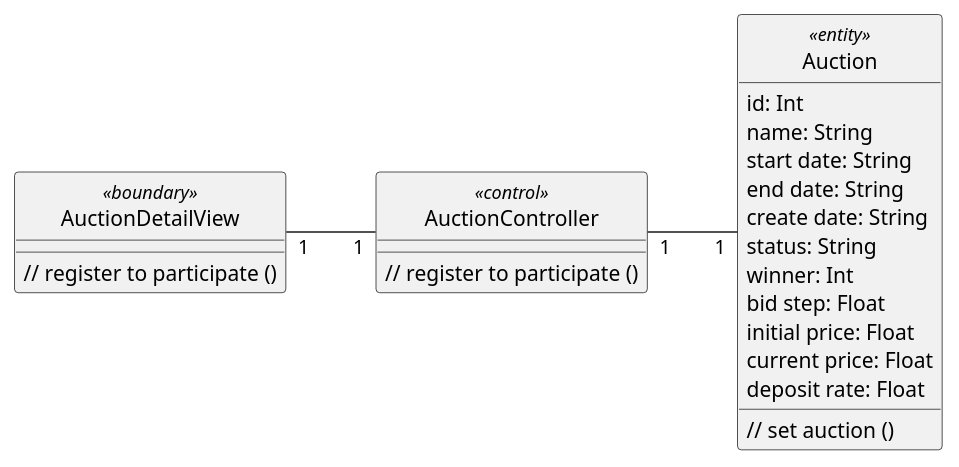
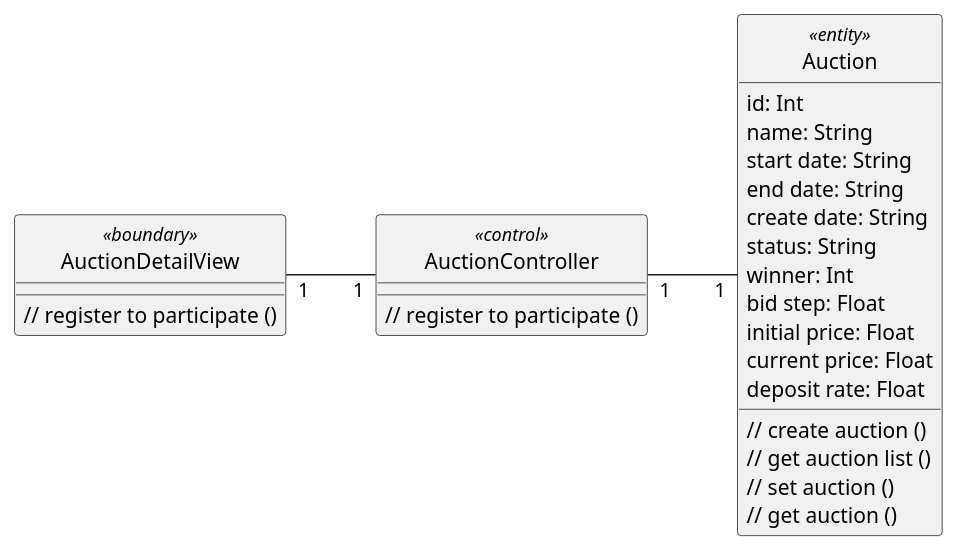
One commit to anhbanlinhle/velocity-exchange changed the diagram in uml/analysis/class/register-to-participate-vopc.pu. Above: the diagram before and after it, drawn with PlantUML. The commit also changed 5 other files, not shown here.

```diff
--- a/uml/analysis/class/register-to-participate-vopc.pu
+++ b/uml/analysis/class/register-to-participate-vopc.pu
@@ -1,31 +1,34 @@
 @startuml register_to_participate
 hide circle
 skinparam classAttributeIconSize 0
 left to right direction
 
 class AuctionDetailView <<boundary>> {
   // register to participate ()
 }
 
 class AuctionController <<control>> {
   // register to participate ()
 }
 
 class Auction <<entity>> {
   id: Int
   name: String
   start date: String
   end date: String
   create date: String
   status: String
   winner: Int
   bid step: Float
   initial price: Float
   current price: Float
   deposit rate: Float
+  // create auction ()
+  // get auction list ()
   // set auction ()
+  // get auction ()
 }
 
 AuctionDetailView "1" -- "1" AuctionController
 AuctionController "1" -- "1" Auction
 @enduml
```
